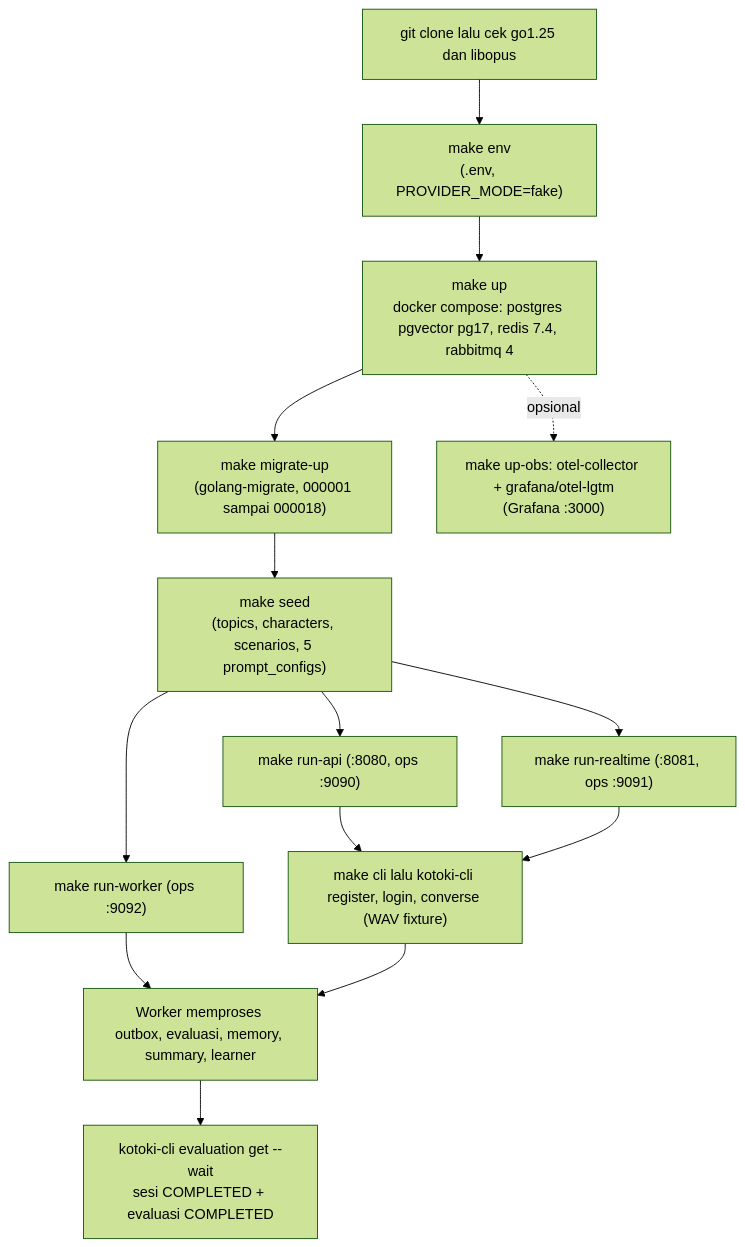
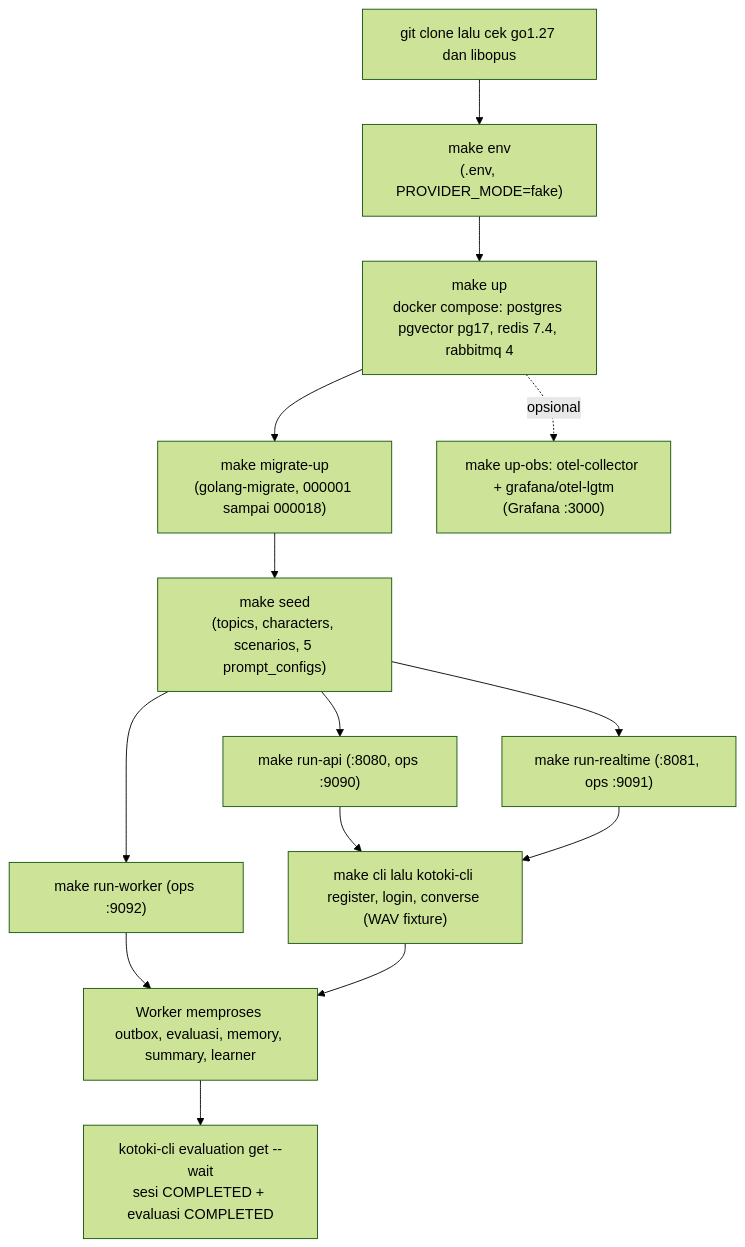
Before and after one commit to nabePi/kotoki-backend: diagram 45 of 46 in docs/diagrams.md, drawn with Mermaid (forest theme). The commit also changed 25 other files, not shown here.

````diff
--- a/docs/diagrams.md
+++ b/docs/diagrams.md
@@ -1631,16 +1631,16 @@
 ```mermaid
 flowchart TD
-    A["git clone lalu cek go1.25 dan libopus"] --> B["make env<br/>(.env, PROVIDER_MODE=fake)"]
+    A["git clone lalu cek go1.27 dan libopus"] --> B["make env<br/>(.env, PROVIDER_MODE=fake)"]
     B --> C["make up<br/>docker compose: postgres pgvector pg17, redis 7.4, rabbitmq 4"]
     C --> D["make migrate-up<br/>(golang-migrate, 000001 sampai 000018)"]
     D --> E["make seed<br/>(topics, characters, scenarios, 5 prompt_configs)"]
     E --> F1["make run-api (:8080, ops :9090)"]
     E --> F2["make run-realtime (:8081, ops :9091)"]
     E --> F3["make run-worker (ops :9092)"]
     F1 --> G["make cli lalu kotoki-cli register, login, converse (WAV fixture)"]
     F2 --> G
     F3 --> H["Worker memproses outbox, evaluasi, memory, summary, learner"]
     G --> H
     H --> I["kotoki-cli evaluation get --wait<br/>sesi COMPLETED + evaluasi COMPLETED"]
     C -. "opsional" .-> OBS["make up-obs: otel-collector + grafana/otel-lgtm<br/>(Grafana :3000)"]
 ```
````
